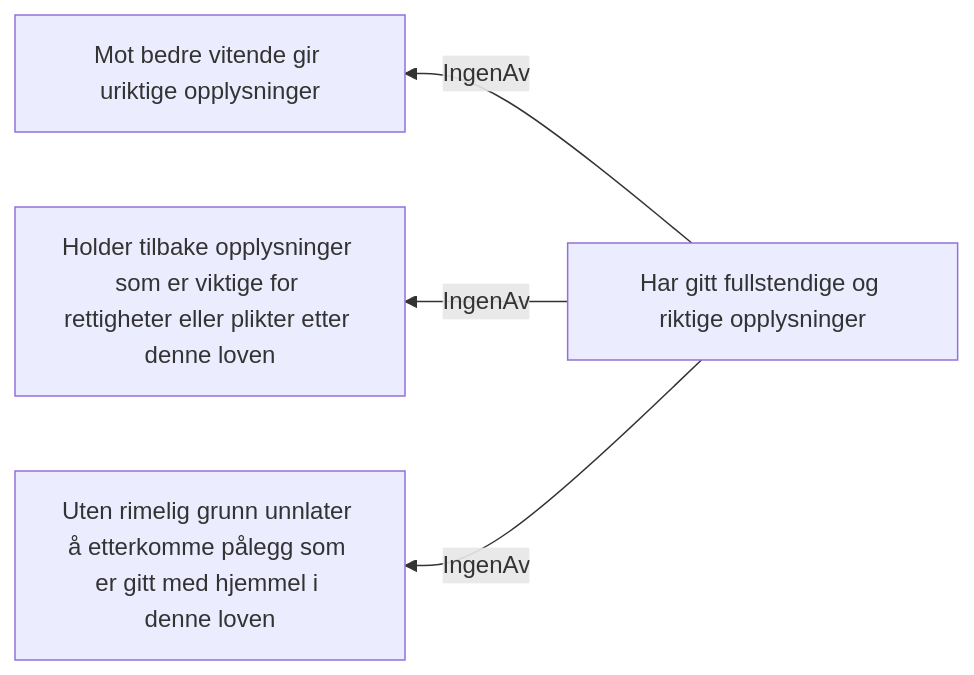
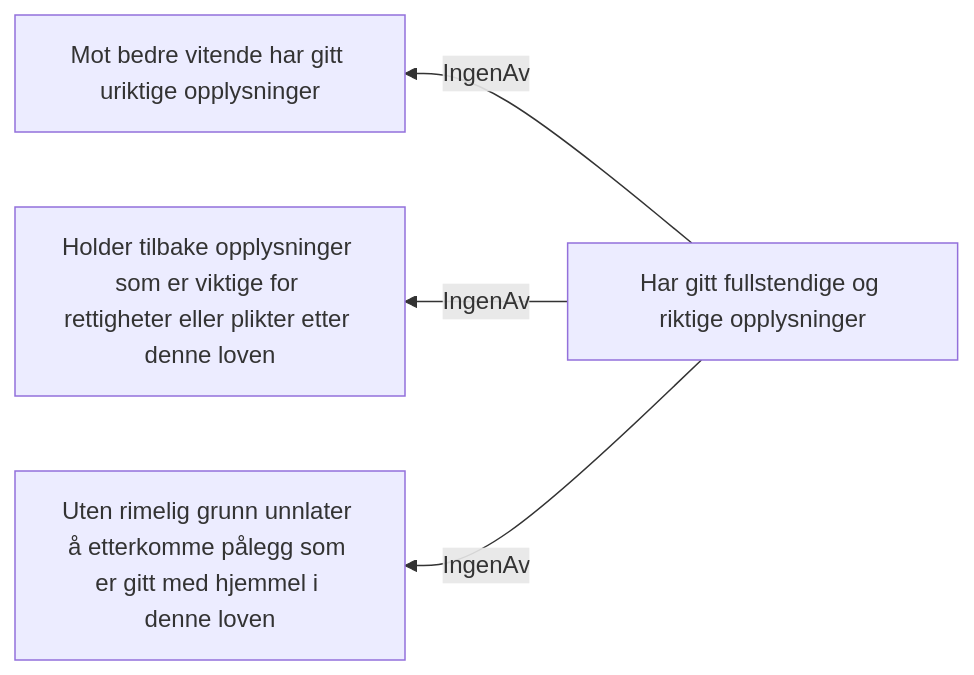
The diagram in docs/regler/§ 21-7. Manglende og/eller uriktige opplysninger.approved.md (navikt/dp-behandling), drawn with Mermaid before and after one commit. The commit also changed 2 other files, not shown here.

Commit message:
Oppdater doc

````diff
--- a/docs/regler/§ 21-7. Manglende og/eller uriktige opplysninger.approved.md
+++ b/docs/regler/§ 21-7. Manglende og/eller uriktige opplysninger.approved.md
@@ -5,6 +5,6 @@
 ```mermaid
 graph RL
-  A["Har gitt fullstendige og riktige opplysninger"] -->|"IngenAv"| B["Mot bedre vitende gir uriktige opplysninger"]
+  A["Har gitt fullstendige og riktige opplysninger"] -->|"IngenAv"| B["Mot bedre vitende har gitt uriktige opplysninger"]
   A["Har gitt fullstendige og riktige opplysninger"] -->|"IngenAv"| C["Holder tilbake opplysninger som er viktige for rettigheter eller plikter etter denne loven"]
   A["Har gitt fullstendige og riktige opplysninger"] -->|"IngenAv"| D["Uten rimelig grunn unnlater å etterkomme pålegg som er gitt med hjemmel i denne loven"]
 ```
````
